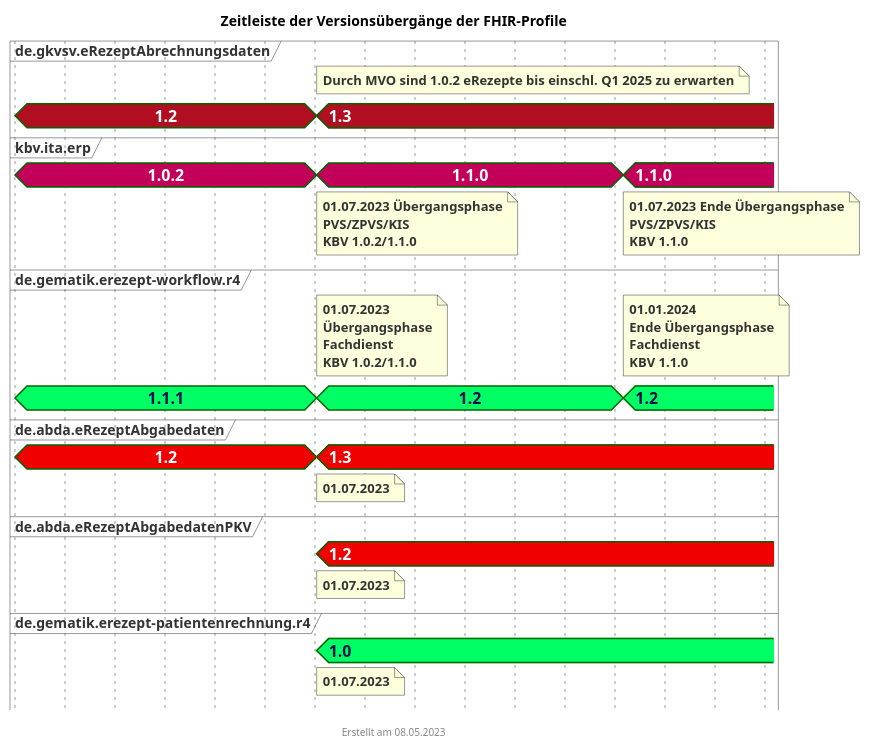
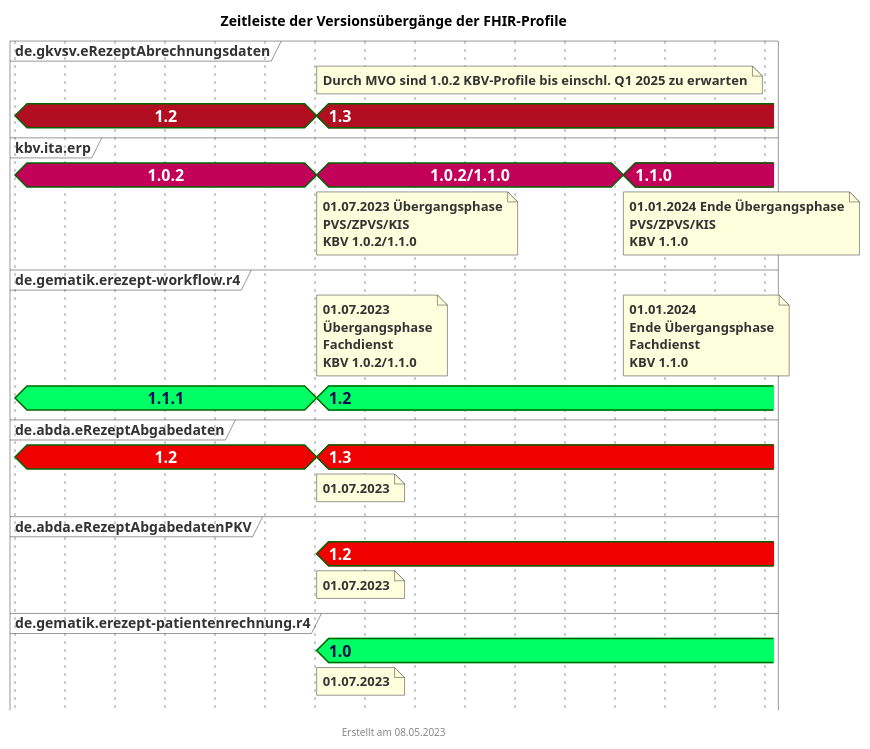
Before and after one commit to gematik/api-erp: the diagram in puml/fhir_version_timeline.puml, drawn with PlantUML. The commit also changed 1 other file, not shown here.

Commit message:
Changes for timeline

```diff
--- a/puml/fhir_version_timeline.puml
+++ b/puml/fhir_version_timeline.puml
@@ -1,73 +1,72 @@
 @startuml fhir_version_timeline
 <style>
 timingDiagram {
   .kbvcolor {
     FontColor #ffffff
     Fontsize 16
     FontStyle bold
     Backgroundcolor #c30059
   }
   .gematikcolor {
     FontColor #000e52
     Fontsize 16
     FontStyle bold
     Backgroundcolor #00ff64
   }
   .davcolor {
     FontColor #ffffff
     Fontsize 16
     FontStyle bold
     BackgroundColor #f00000
   }
   .gkvcolor {
     FontColor #ffffff
     Fontsize 16
     FontStyle bold
     BackgroundColor #b10f21
   }
 }
 </style>
 title Zeitleiste der Versionsübergänge der FHIR-Profile
 footer Erstellt am 08.05.2023
 
 concise "de.gkvsv.eRezeptAbrechnungsdaten" as GKV <<gkvcolor>>
 concise "kbv.ita.erp" as KBV <<kbvcolor>>
 concise "de.gematik.erezept-workflow.r4" as gematik <<gematikcolor>>
 concise "de.abda.eRezeptAbgabedaten" as DAV <<davcolor>>
 concise "de.abda.eRezeptAbgabedatenPKV" as PKV <<davcolor>>
 concise "de.gematik.erezept-patientenrechnung.r4" as gematikpkv <<gematikcolor>>
 
 
 '30 days is scaled to 50 pixels
 scale 2592000 as 50 pixels
 hide time-axis
 
 @2023/01/01
 GKV is 1.2
 KBV is 1.0.2
 DAV is 1.2
 gematik is 1.1.1
 
 @2023/07/01
 note bottom of KBV : 01.07.2023 Übergangsphase\nPVS/ZPVS/KIS\nKBV 1.0.2/1.1.0
 note bottom of PKV : 01.07.2023
 note top of gematik : 01.07.2023\nÜbergangsphase\nFachdienst\nKBV 1.0.2/1.1.0
 note bottom of gematikpkv : 01.07.2023
 note bottom of DAV : 01.07.2023
-note top of GKV : Durch MVO sind 1.0.2 eRezepte bis einschl. Q1 2025 zu erwarten
-KBV is 1.1.0
+note top of GKV : Durch MVO sind 1.0.2 KBV-Profile bis einschl. Q1 2025 zu erwarten
+KBV is "1.0.2/1.1.0"
 gematik is 1.2
 gematikpkv is 1.0
 DAV is 1.3
 PKV is 1.2
 GKV is 1.3
 
 @2024/01/01
-note bottom of KBV : 01.07.2023 Ende Übergangsphase\nPVS/ZPVS/KIS\nKBV 1.1.0
+note bottom of KBV : 01.01.2024 Ende Übergangsphase\nPVS/ZPVS/KIS\nKBV 1.1.0
 note top of gematik : 01.01.2024\nEnde Übergangsphase\nFachdienst\nKBV 1.1.0
 KBV is 1.1.0
-gematik is 1.2
 
 @2024/03/01
 
 @enduml
```
